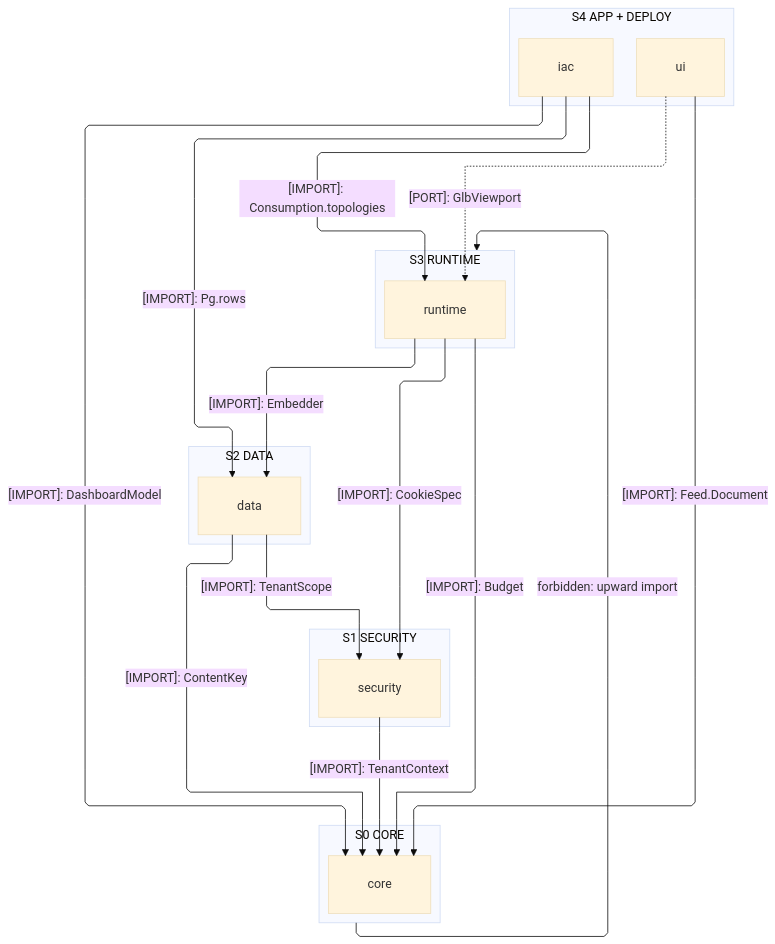
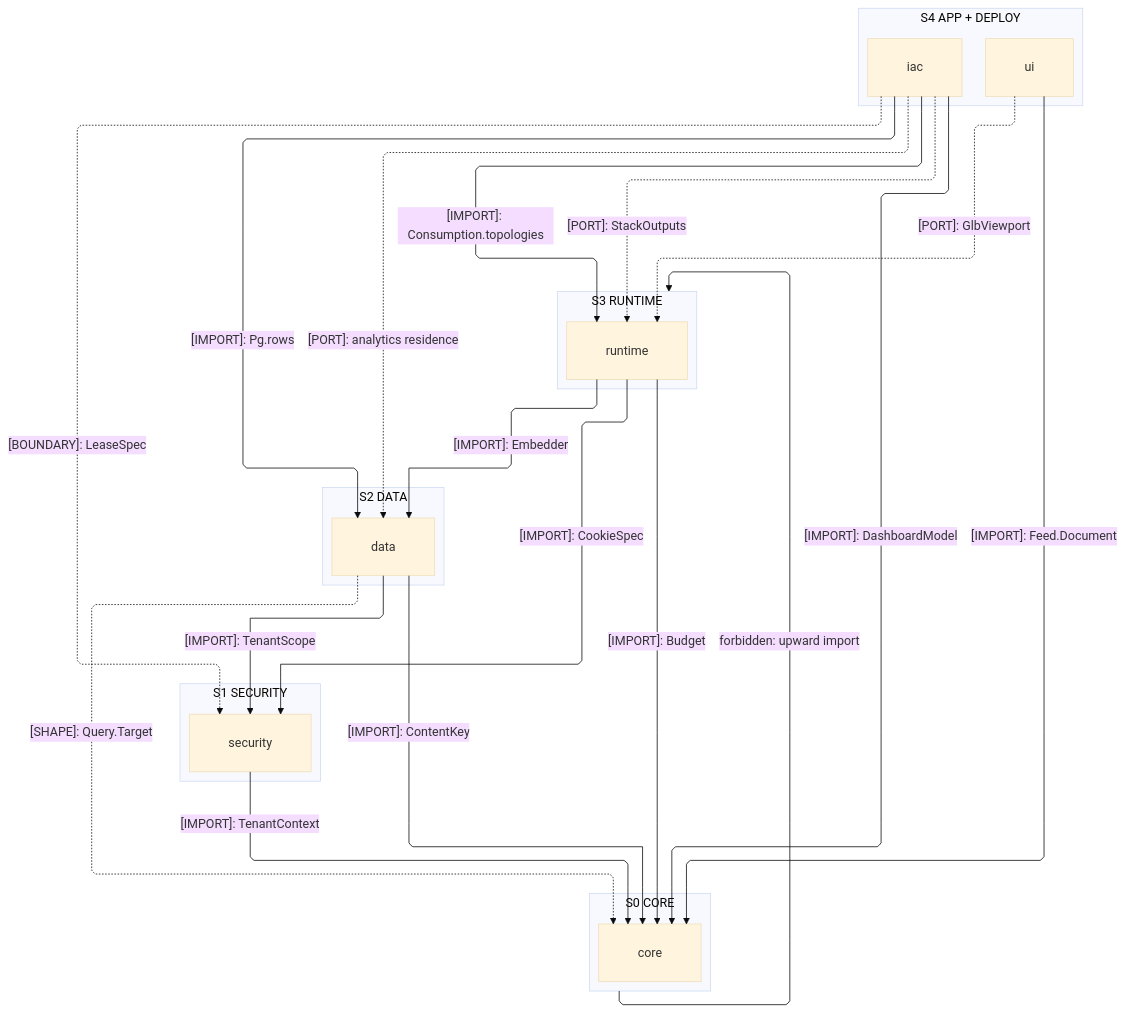
One commit to bsamiee/Rasm changed the first of 4 diagrams in libs/typescript/.planning/ARCHITECTURE.md. Above: the diagram before and after it, drawn with Mermaid (base theme). The commit also changed other lines of this file and 249 other files, not shown here.

````diff
--- a/libs/typescript/.planning/ARCHITECTURE.md
+++ b/libs/typescript/.planning/ARCHITECTURE.md
@@ -28,40 +28,44 @@
 ```mermaid
 ---
 config:
   layout: elk
   flowchart:
     curve: linear
     padding: 25
 ---
 flowchart TB
     accTitle: TypeScript branch import strata
-    accDescr: Five import strata onto the core foundation; imports point downward, and ui reaches runtime only through its GlbViewport port binding.
+    accDescr: Five import strata onto the core foundation; imports point downward as solid edges, and every non-import crossing rides a dashed edge — ui reaching runtime through its GlbViewport port, iac decoding the security LeaseSpec boundary, and each counter-edge handing a value down a stratum.
     subgraph S4["S4 APP + DEPLOY"]
         Ui[ui]
         Iac[iac]
     end
     subgraph S3["S3 RUNTIME"]
         Runtime[runtime]
     end
     subgraph S2["S2 DATA"]
         Data[data]
     end
     subgraph S1["S1 SECURITY"]
         Security[security]
     end
     subgraph S0["S0 CORE"]
         Core[core]
     end
     Ui e1@-.->|"[PORT]: GlbViewport"| Runtime
+    Iac e12@-.->|"[BOUNDARY]: LeaseSpec"| Security
+    Iac e13@-.->|"[PORT]: StackOutputs"| Runtime
+    Iac e14@-.->|"[PORT]: analytics residence"| Data
+    Data e15@-.->|"[SHAPE]: Query.Target"| Core
     Iac e2@-->|"[IMPORT]: Pg.rows"| Data
     Runtime e3@-->|"[IMPORT]: CookieSpec"| Security
     Runtime e4@-->|"[IMPORT]: Embedder"| Data
     Data e5@-->|"[IMPORT]: TenantScope"| Security
     Ui e6@-->|"[IMPORT]: Feed.Document"| Core
     Iac e7@-->|"[IMPORT]: DashboardModel"| Core
     Iac e11@-->|"[IMPORT]: Consumption.topologies"| Runtime
     Runtime e8@-->|"[IMPORT]: Budget"| Core
     Data e9@-->|"[IMPORT]: ContentKey"| Core
     Security e10@-->|"[IMPORT]: TenantContext"| Core
     S0 f1@-->|"forbidden: upward import"| S3
 ```
````
